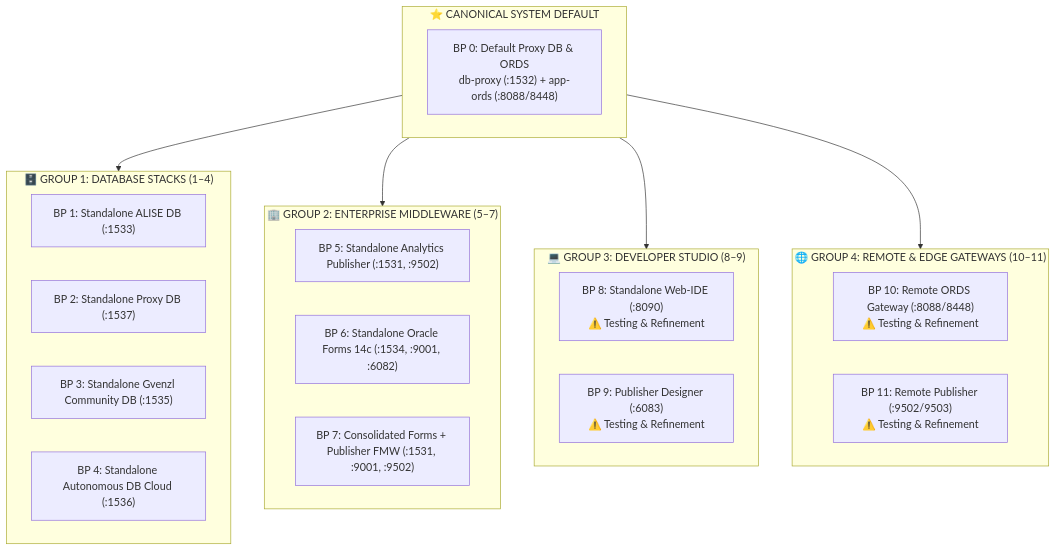
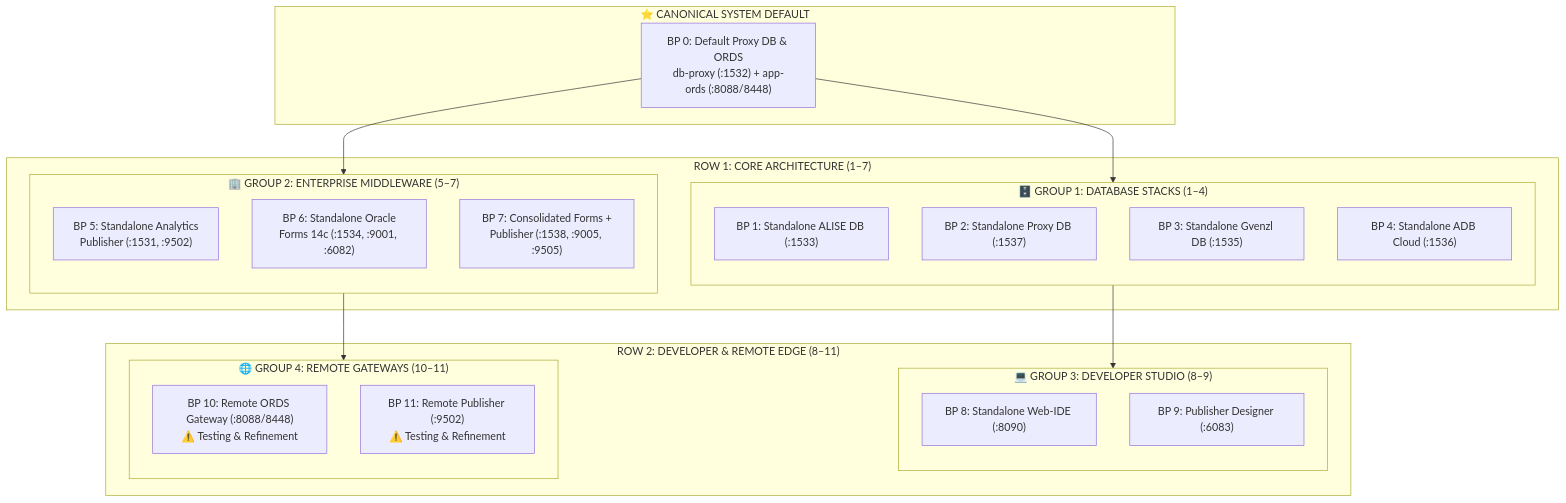
Before and after one commit to alahe/oracle-devops-platform: the second of 2 diagrams in README.md, drawn with Mermaid. The commit also changed other lines of this file and 412 other files, not shown here.

````diff
--- a/README.md
+++ b/README.md
@@ -75,34 +75,42 @@
 ```mermaid
 flowchart TD
     subgraph Default ["⭐ CANONICAL SYSTEM DEFAULT"]
         BP0["BP 0: Default Proxy DB & ORDS<br/>db-proxy (:1532) + app-ords (:8088/8448)"]
     end
 
-    subgraph DatabaseStacks ["🗄️ GROUP 1: DATABASE STACKS (1–4)"]
-        BP1["BP 1: Standalone ALISE DB (:1533)"]
-        BP2["BP 2: Standalone Proxy DB (:1537)"]
-        BP3["BP 3: Standalone Gvenzl Community DB (:1535)"]
-        BP4["BP 4: Standalone Autonomous DB Cloud (:1536)"]
+    subgraph Tier1 ["ROW 1: CORE ARCHITECTURE (1–7)"]
+        subgraph DatabaseStacks ["🗄️ GROUP 1: DATABASE STACKS (1–4)"]
+            direction TB
+            BP1["BP 1: Standalone ALISE DB (:1533)"]
+            BP2["BP 2: Standalone Proxy DB (:1537)"]
+            BP3["BP 3: Standalone Gvenzl DB (:1535)"]
+            BP4["BP 4: Standalone ADB Cloud (:1536)"]
+        end
+
+        subgraph Middleware ["🏢 GROUP 2: ENTERPRISE MIDDLEWARE (5–7)"]
+            direction TB
+            BP5["BP 5: Standalone Analytics<br/>Publisher (:1531, :9502)"]
+            BP6["BP 6: Standalone Oracle<br/>Forms 14c (:1534, :9001, :6082)"]
+            BP7["BP 7: Consolidated Forms +<br/>Publisher (:1538, :9005, :9505)"]
+        end
     end
 
-    subgraph Middleware ["🏢 GROUP 2: ENTERPRISE MIDDLEWARE (5–7)"]
-        BP5["BP 5: Standalone Analytics Publisher (:1531, :9502)"]
-        BP6["BP 6: Standalone Oracle Forms 14c (:1534, :9001, :6082)"]
-        BP7["BP 7: Consolidated Forms + Publisher FMW (:1531, :9001, :9502)"]
+    subgraph Tier2 ["ROW 2: DEVELOPER & REMOTE EDGE (8–11)"]
+        subgraph DeveloperStudio ["💻 GROUP 3: DEVELOPER STUDIO (8–9)"]
+            direction TB
+            BP8["BP 8: Standalone Web-IDE (:8090)"]
+            BP9["BP 9: Publisher Designer (:6083)"]
+        end
+
+        subgraph RemoteGateways ["🌐 GROUP 4: REMOTE GATEWAYS (10–11)"]
+            direction TB
+            BP10["BP 10: Remote ORDS Gateway (:8088/8448)<br/>⚠️ Testing & Refinement"]
+            BP11["BP 11: Remote Publisher (:9502)<br/>⚠️ Testing & Refinement"]
+        end
     end
 
-    subgraph DeveloperStudio ["💻 GROUP 3: DEVELOPER STUDIO (8–9)"]
-        BP8["BP 8: Standalone Web-IDE (:8090)<br/>⚠️ Testing & Refinement"]
-        BP9["BP 9: Publisher Designer (:6083)<br/>⚠️ Testing & Refinement"]
-    end
-
-    subgraph RemoteGateways ["🌐 GROUP 4: REMOTE & EDGE GATEWAYS (10–11)"]
-        BP10["BP 10: Remote ORDS Gateway (:8088/8448)<br/>⚠️ Testing & Refinement"]
-        BP11["BP 11: Remote Publisher (:9502/9503)<br/>⚠️ Testing & Refinement"]
-    end
-
-    Default --> DatabaseStacks
-    Default --> Middleware
-    Default --> DeveloperStudio
-    Default --> RemoteGateways
+    BP0 --> BP1
+    BP0 --> BP5
+    BP1 --> BP8
+    BP5 --> BP10
 ```
````
